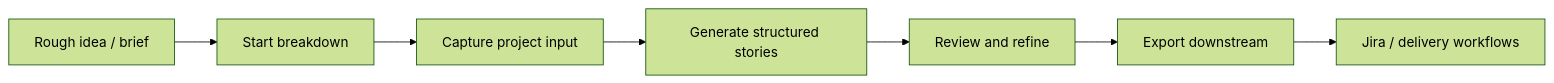
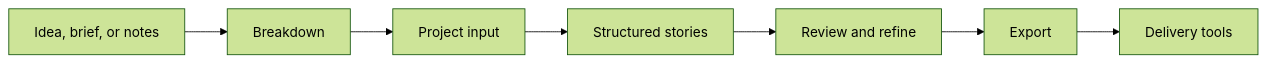
One commit to Hany-R-Mahmoud/spec-flow changed the first of 3 diagrams in README.md. Above: the diagram before and after it, drawn with Mermaid (forest theme). The commit also changed other lines of this file and 1 other file, not shown here.

````diff
--- a/README.md
+++ b/README.md
@@ -73,9 +77,9 @@
 ```mermaid
 flowchart LR
-    A["Rough idea / brief"] --> B["Start breakdown"]
-    B --> C["Capture project input"]
-    C --> D["Generate structured stories"]
+    A["Idea, brief, or notes"] --> B["Breakdown"]
+    B --> C["Project input"]
+    C --> D["Structured stories"]
     D --> E["Review and refine"]
-    E --> F["Export downstream"]
-    F --> G["Jira / delivery workflows"]
+    E --> F["Export"]
+    F --> G["Delivery tools"]
 ```
````
